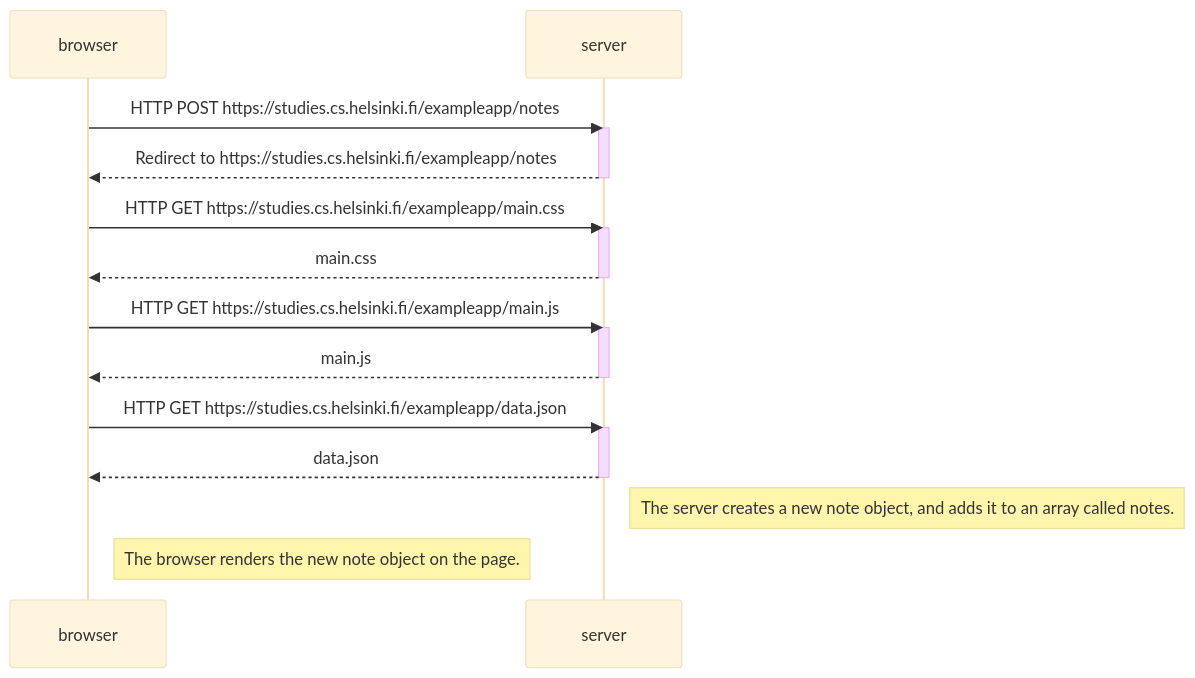
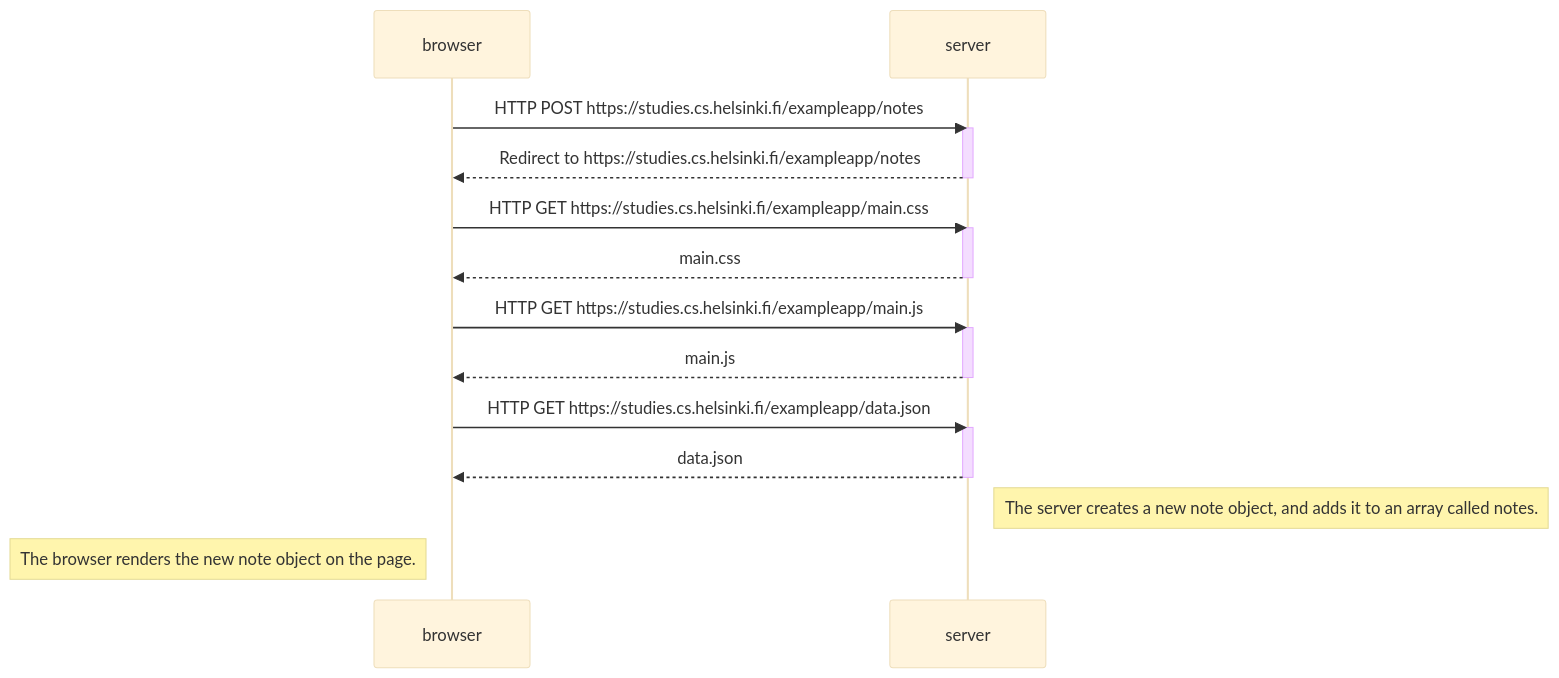
Before and after one commit to Yoshiyuki194/HelsinkiFullStackCourse: the diagram in part-0/exercise-4.md, drawn with Mermaid (base theme). The commit also changed 2 other files, not shown here.

Commit message:
excersie 5 and 6

````diff
--- a/part-0/exercise-4.md
+++ b/part-0/exercise-4.md
@@ -3,29 +3,29 @@
 ```mermaid
 sequenceDiagram
     participant browser
     participant server
 
     browser->>server: HTTP POST https://studies.cs.helsinki.fi/exampleapp/notes
     activate server
     server-->>browser: Redirect to https://studies.cs.helsinki.fi/exampleapp/notes
     deactivate server
 
     browser->>server: HTTP GET https://studies.cs.helsinki.fi/exampleapp/main.css
     activate server
     server-->>browser: main.css
     deactivate server
 
     browser->>server: HTTP GET https://studies.cs.helsinki.fi/exampleapp/main.js
     activate server
     server-->>browser: main.js
     deactivate server
 
     browser->>server: HTTP GET https://studies.cs.helsinki.fi/exampleapp/data.json
     activate server
     server-->>browser: data.json
     deactivate server
 
     Note right of server: The server creates a new note object, and adds it to an array called notes.
-    Note right of browser: The browser renders the new note object on the page.
+    Note left of browser: The browser renders the new note object on the page.
     
 ```
````
